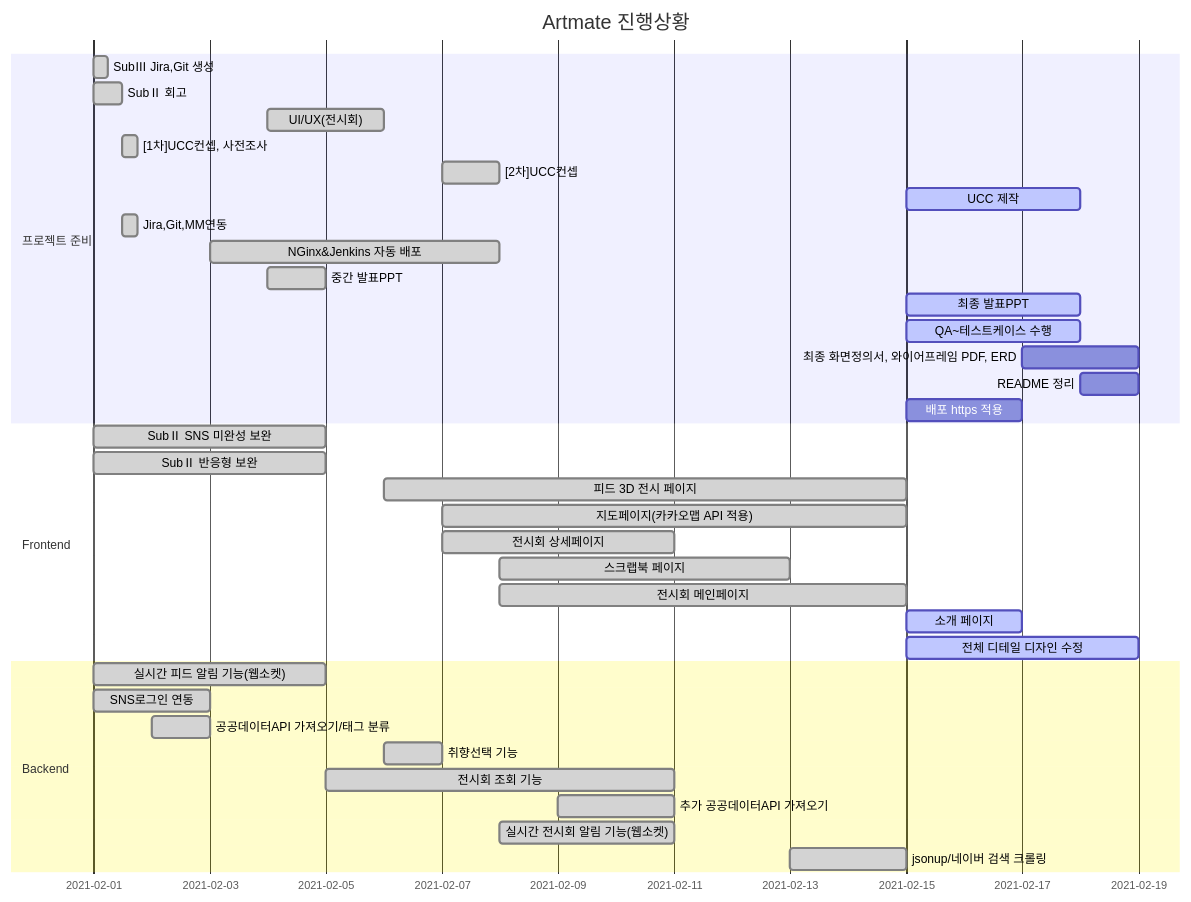
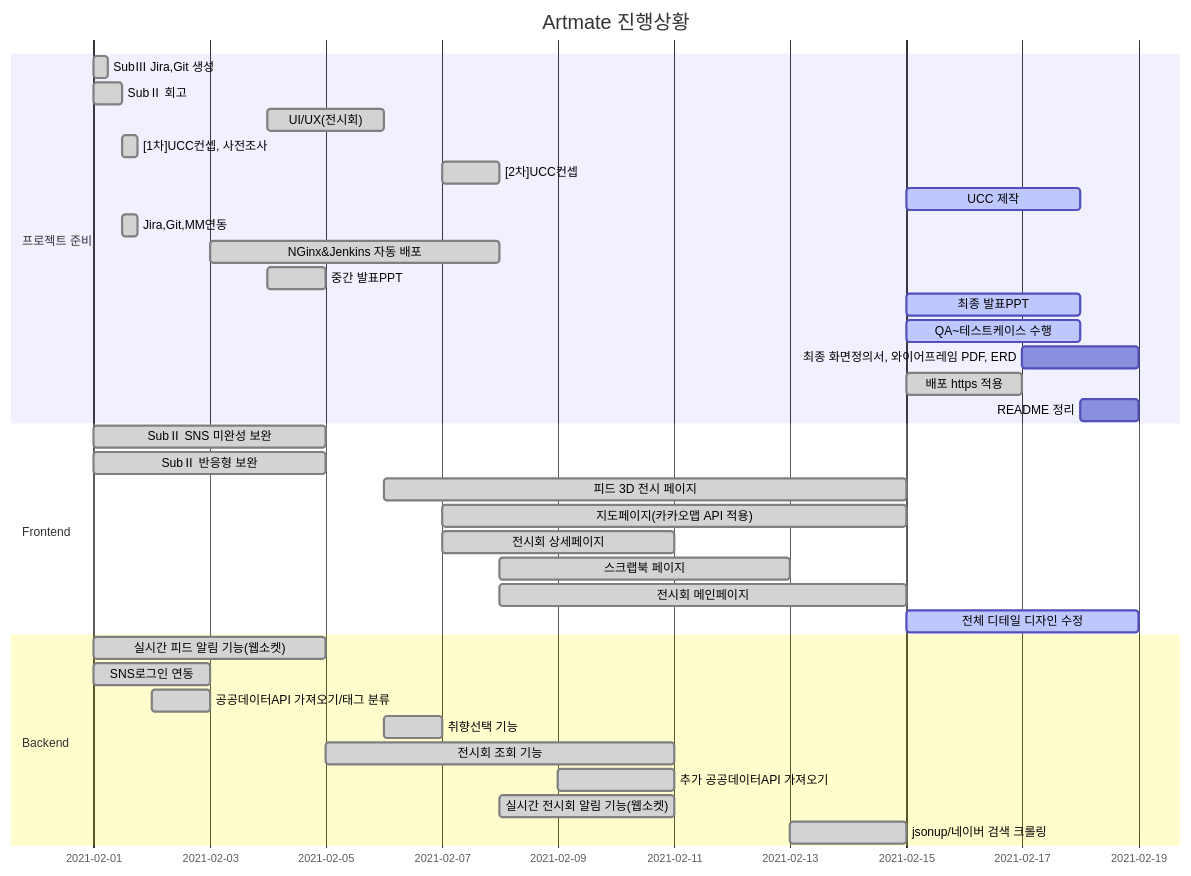
Before and after one commit to dovvn/Artmate-PJT: the diagram in README.md, drawn with Mermaid.

Commit message:
README_0217: 오전 작업상황 공유

````diff
--- a/README.md
+++ b/README.md
@@ -21,46 +21,46 @@
 ```mermaid  
 gantt
     title Artmate 진행상황
     dateFormat  YYYY-MM-DD
     section 프로젝트 준비
     SubⅢ Jira,Git 생성  :done, 2021-02-01, 6h
     SubⅡ 회고          :done, p2,2021-02-01, 12h
     UI/UX(전시회)   :done,2021-02-04,2d
     [1차]UCC컨셉, 사전조사   :done,after p2,6h
     [2차]UCC컨셉   :done,2021-02-07,1d
     UCC 제작   :active,2021-02-15,3d
 
     Jira,Git,MM연동   :done,after p2,6h
     NGinx&Jenkins 자동 배포 :done, 2021-02-03,5d
     중간 발표PPT: done,2021-02-04,1d
     최종 발표PPT: active,2021-02-15,3d
     QA~테스트케이스 수행: active,2021-02-15,3d
     최종 화면정의서, 와이어프레임 PDF, ERD: ,2021-02-17,2d
+    배포 https 적용:done,2021-02-15,2d
     README 정리: ,2021-02-18,1d
-    배포 https 적용:,2021-02-15,2d
     
     
     
 
     section Frontend
     SubⅡ SNS 미완성 보완          :done, 2021-02-01, 4d
     SubⅡ 반응형 보완          :done, 2021-02-01, 4d
     피드 3D 전시 페이지   :done,2021-02-06,9d
     지도페이지(카카오맵 API 적용):done,2021-02-07, 8d
     전시회 상세페이지   :done,2021-02-07,4d
     스크랩북 페이지   :done,2021-02-08,5d
     전시회 메인페이지 :done, 2021-02-08, 7d
-    소개 페이지   :active,2021-02-15,2d
+
     전체 디테일 디자인 수정   :active,2021-02-15,4d
     
     
     section Backend
     실시간 피드 알림 기능(웹소켓)          :done, 2021-02-01, 4d
     SNS로그인 연동          :done, 2021-02-01, 2d
     공공데이터API 가져오기/태그 분류          :done, p1, 2021-02-02, 1d
     취향선택 기능:done,2021-02-06,1d
     전시회 조회 기능:done,2021-02-05,6d
     추가 공공데이터API 가져오기          :done, p1, 2021-02-09, 2d
     실시간 전시회 알림 기능(웹소켓)          :done, 2021-02-08, 3d
     jsonup/네이버 검색 크롤링     :done, 2021-02-13,2d
 ```
````
